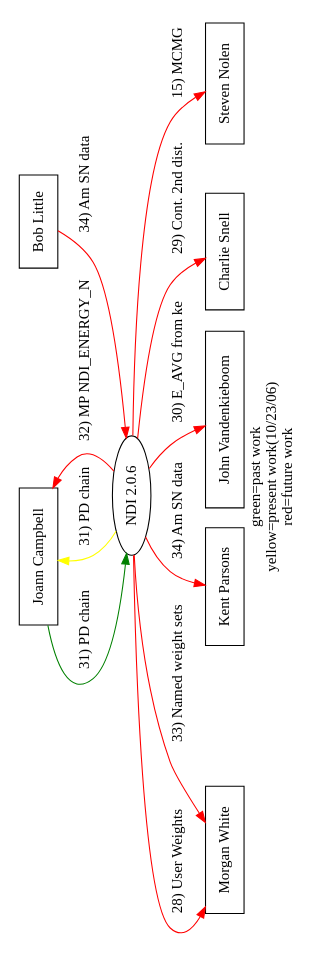
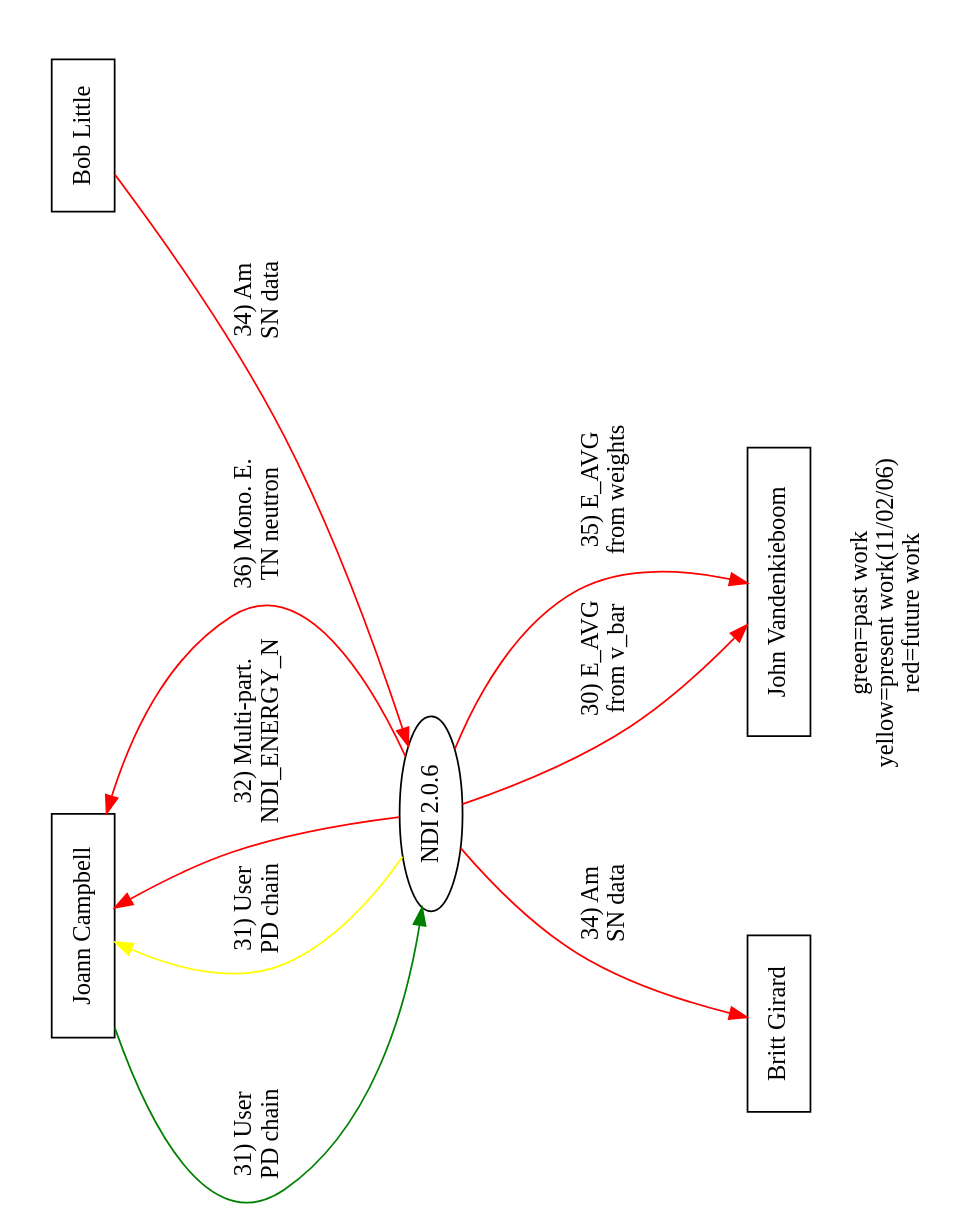
The diagram in doc/reqt/context_2.0.6.dot (lanl/ndi), drawn with Graphviz before and after one commit. The commit also changed 5 other files, not shown here.

```diff
--- a/doc/reqt/context_2.0.6.dot
+++ b/doc/reqt/context_2.0.6.dot
@@ -1,32 +1,28 @@
 digraph ndi {
-	orientation=landscape;
+	rotate=90;
 	page="8.5, 11";
-	size="6.5, 9";
-	center=true;
-	label="green=past work\nyellow=present work(10/23/06)\nred=future work";
+	size="9, 6.5";
+	center=1;
+	ratio=fill;	
+	label="green=past work\nyellow=present work(11/02/06)\nred=future work";
 	node[shape="box"];
 
 	/* stakeholders */
 	jomc[label="Joann Campbell"];
-	morgan[label="Morgan White"];
 	rcl[label="Bob Little"];
-	dkp[label="Kent Parsons"];
+	bag[label="Britt Girard"];
 	boom[label="John Vandenkieboom"];
-	cms[label="Charlie Snell"];
-	drnuke[label="Steven Nolen"];
 
 	/* project */
 	ndi[label="NDI 2.0.6", shape="ellipse"];
 	
-	ndi -> drnuke[label="15) MCMG", color=red];
-	ndi -> morgan[label="28) User Weights", color=red];
-	ndi -> cms[label="29) Cont. 2nd dist.", color=red];
-	ndi -> boom[label="30) E_AVG from ke", color=red];
-	jomc -> ndi[label="31) PD chain", color=green];
-	ndi -> jomc[label="31) PD chain", color=yellow];
-	ndi -> jomc[label="32) MP NDI_ENERGY_N", color=red];
-	ndi -> morgan[label="33) Named weight sets", color=red];
-	ndi -> dkp[label="34) Am SN data", color=red];
-	rcl -> ndi[label="34) Am SN data", color=red];
+	ndi -> boom[label="30) E_AVG\nfrom v_bar", color=red];
+	jomc -> ndi[label="31) User\nPD chain", color=green];
+	ndi -> jomc[label="31) User\nPD chain", color=yellow];
+	ndi -> jomc[label="32) Multi-part.\n NDI_ENERGY_N", color=red];
+	ndi -> bag[label="34) Am\nSN data", color=red];
+	rcl -> ndi[label="34) Am\nSN data", color=red];
+	ndi -> boom[label="35) E_AVG\nfrom weights", color=red];
+	ndi -> jomc[label="36) Mono. E.\nTN neutron", color=red];
 
 }
```
